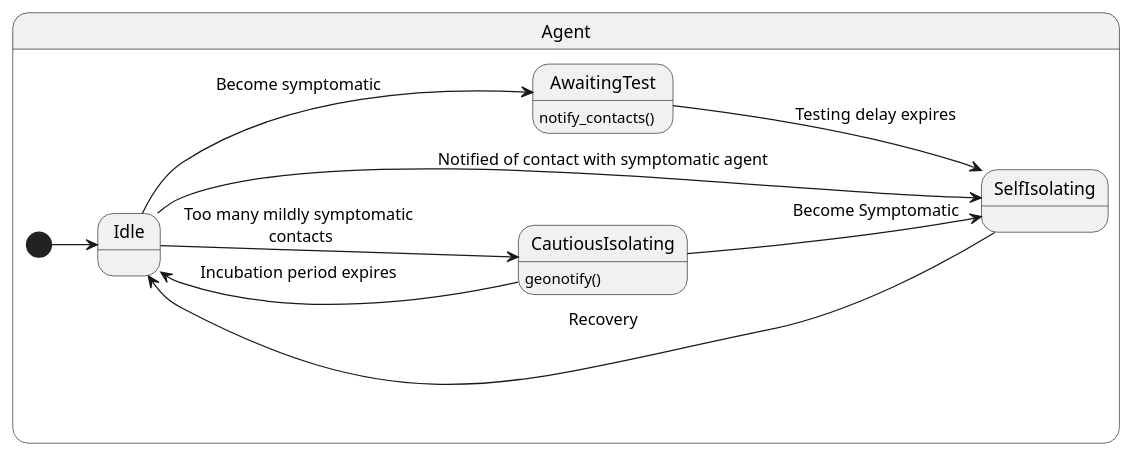
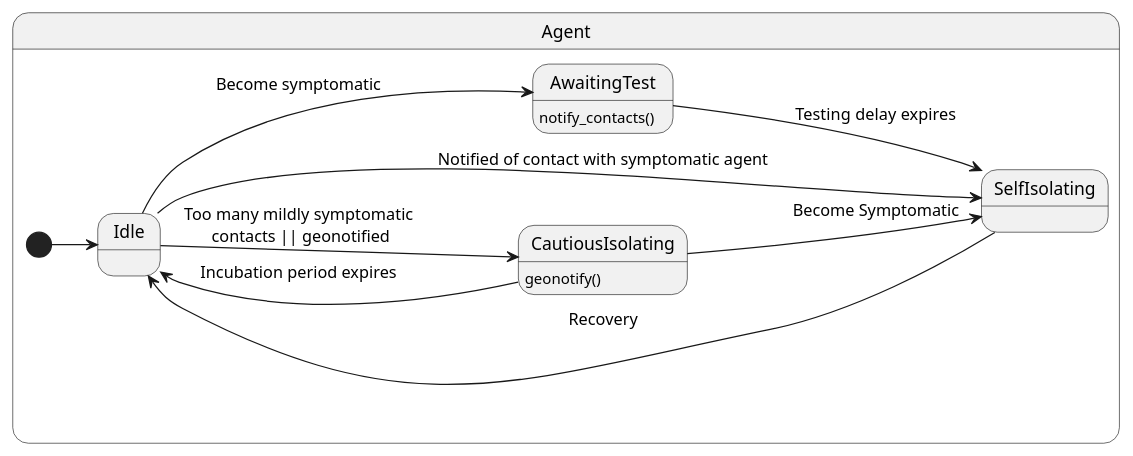
Before and after one commit to JoshuaSFryer/multi-agent-sim: the diagram in doc/uml/src/preemptive.puml, drawn with PlantUML.

Commit message:
Small correction to diagram source

```diff
--- a/doc/uml/src/preemptive.puml
+++ b/doc/uml/src/preemptive.puml
@@ -1,24 +1,24 @@
 @startuml Model_D_Preemptive_Isolation
 skinparam DefaultFontName ArialMT
 
 left to right direction
 state Agent {
     [*] --> Idle
     ' note right of Idle
     '     Shift between home
     '     and work points
     '     every 12 hours
     ' end note
     Idle --> AwaitingTest : Become symptomatic
     Idle --> SelfIsolating : Notified of contact with symptomatic agent
-    Idle --> CautiousIsolating : Too many mildly symptomatic\n contacts
+    Idle --> CautiousIsolating : Too many mildly symptomatic\n contacts || geonotified
     AwaitingTest : notify_contacts()
     AwaitingTest --> SelfIsolating : Testing delay expires
     SelfIsolating --> Idle : Recovery
     CautiousIsolating : geonotify()
     CautiousIsolating --> Idle : Incubation period expires
     CautiousIsolating --> SelfIsolating : Become Symptomatic
     
 }
 
 @enduml
```
